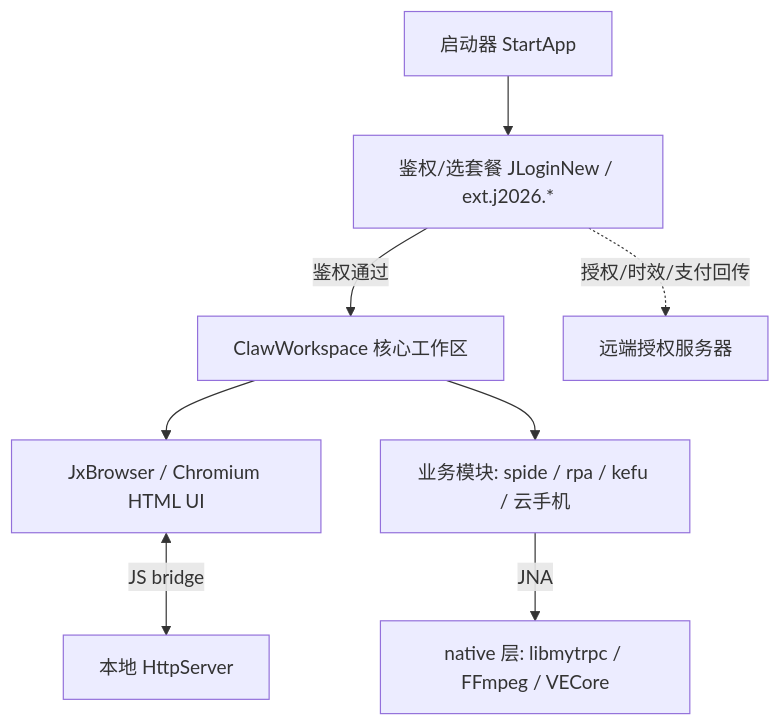
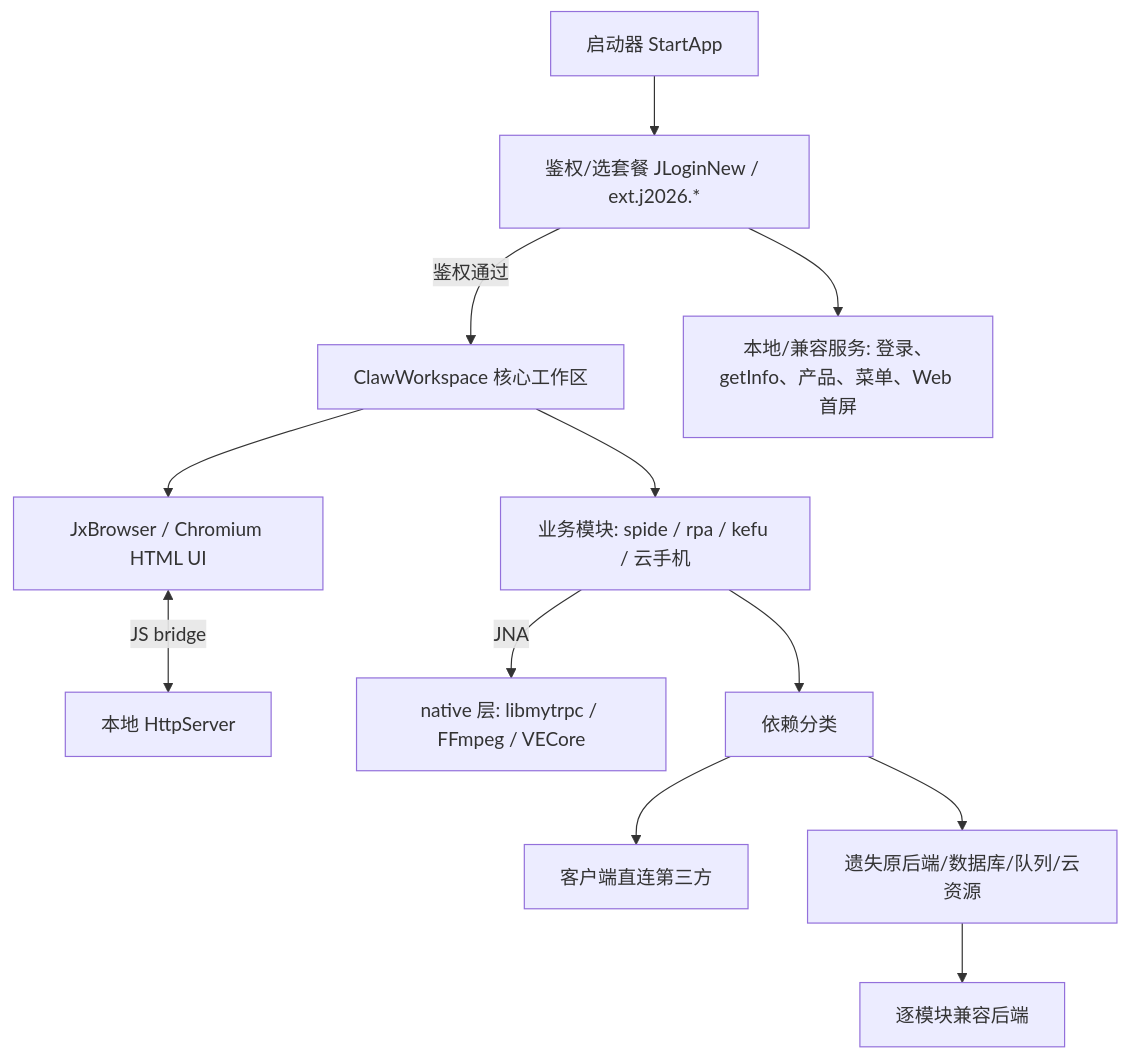
One commit to Antonio-bamao/chuhai-AI changed the diagram in .context/design.md. Above: the diagram before and after it, drawn with Mermaid. The commit also changed other lines of this file and 10 other files, not shown here.

````diff
--- a/.context/design.md
+++ b/.context/design.md
@@ -9,10 +9,14 @@
 ```mermaid
 flowchart TD
     EXE["启动器 StartApp"] --> AUTH["鉴权/选套餐 JLoginNew / ext.j2026.*"]
     AUTH -->|鉴权通过| WS["ClawWorkspace 核心工作区"]
     WS --> UI["JxBrowser / Chromium HTML UI"]
     UI <-->|JS bridge| SRV["本地 HttpServer"]
     WS --> BIZ["业务模块: spide / rpa / kefu / 云手机"]
     BIZ -->|JNA| NAT["native 层: libmytrpc / FFmpeg / VECore"]
-    AUTH -.授权/时效/支付回传.-> SERVER["远端授权服务器"]
+    AUTH --> COMPAT["本地/兼容服务: 登录、getInfo、产品、菜单、Web 首屏"]
+    BIZ --> CLASSIFY["依赖分类"]
+    CLASSIFY --> DIRECT["客户端直连第三方"]
+    CLASSIFY --> LOST["遗失原后端/数据库/队列/云资源"]
+    LOST --> REBUILD["逐模块兼容后端"]
 ```
````
